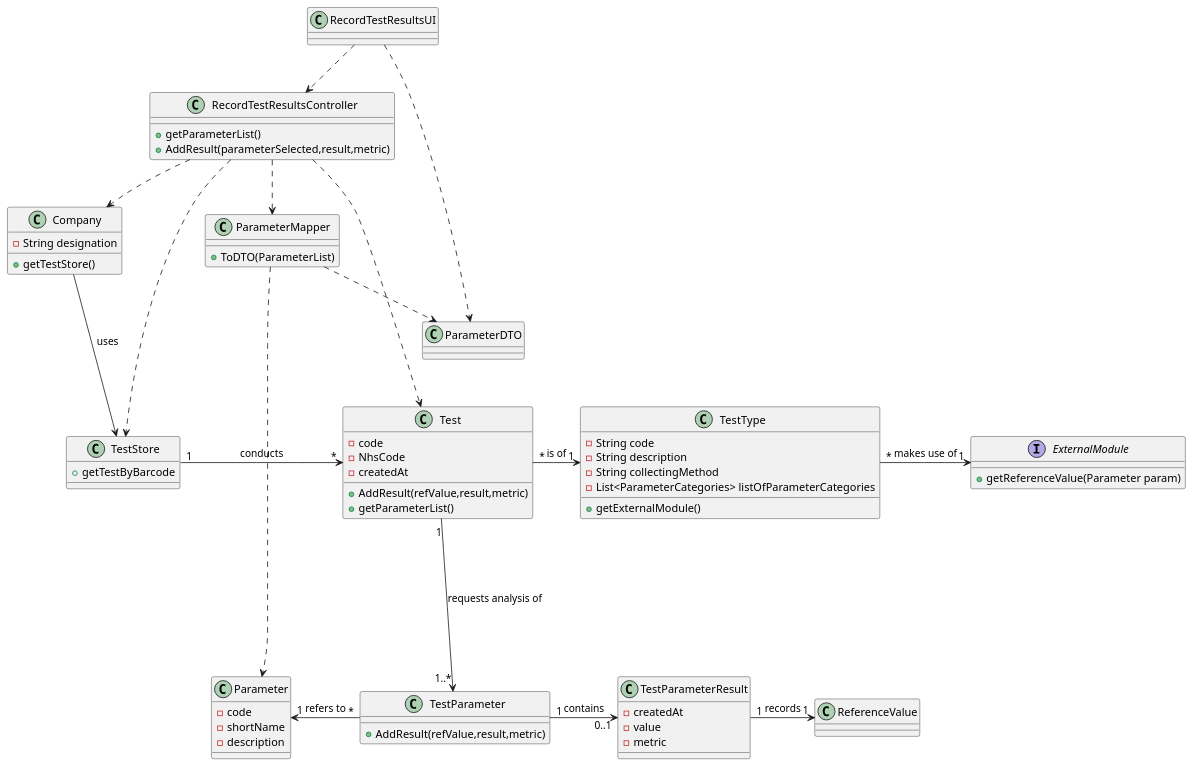
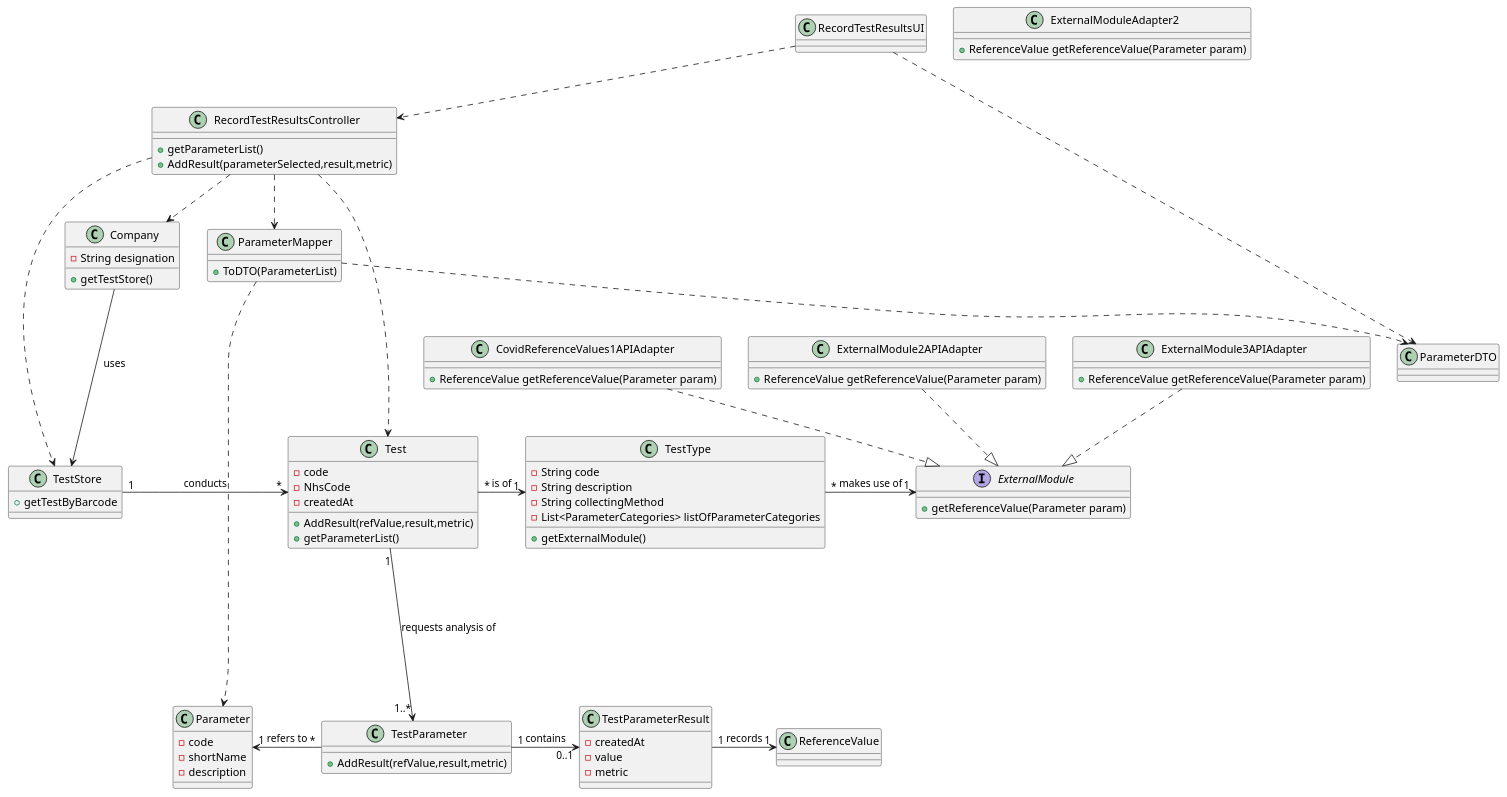
Before and after one commit to manu-07-ela/LAPR2_ISEP: the diagram in docs/SprintC/US12/US12_CD.puml, drawn with PlantUML.

Commit message:
Small change in US12 CD

```diff
--- a/docs/SprintC/US12/US12_CD.puml
+++ b/docs/SprintC/US12/US12_CD.puml
@@ -1,91 +1,110 @@
 @startuml
 
 class Company{
 -String designation
 +getTestStore()
 }
 
 class RecordTestResultsUI{
 
 }
 
 class RecordTestResultsController{
 +getParameterList()
 +AddResult(parameterSelected,result,metric)
 }
 
 class ParameterMapper{
 +ToDTO(ParameterList)
 }
 
 class Test {
 -code
 -NhsCode
 -createdAt
 +AddResult(refValue,result,metric)
 +getParameterList()
 }
 
 class TestStore{
 +getTestByBarcode
 }
 
 class TestParameter{
 +AddResult(refValue,result,metric)
 }
 
 
 class TestParameterResult{
 -createdAt
 -value
 -metric
 }
 
 class Parameter{
 -code
 -shortName
 -description
 }
 
 class ParameterDTO{
 }
 
 class ReferenceValue{
 
 }
 
 class TestType{
   -String code
   -String description
   -String collectingMethod
   -List<ParameterCategories> listOfParameterCategories
   +getExternalModule()
 
 }
 
+class ExternalModule2APIAdapter{
+ +ReferenceValue getReferenceValue(Parameter param)
+}
+
+class ExternalModule3APIAdapter{
+ +ReferenceValue getReferenceValue(Parameter param)
+}
+
+class CovidReferenceValues1APIAdapter{
+ +ReferenceValue getReferenceValue(Parameter param)
+}
+
+class ExternalModuleAdapter2{
+ +ReferenceValue getReferenceValue(Parameter param)
+}
+
 interface ExternalModule{
 +getReferenceValue(Parameter param)
 }
 
 
 
 RecordTestResultsUI ..> RecordTestResultsController
 RecordTestResultsUI ..> ParameterDTO
 RecordTestResultsController ..> Company
 RecordTestResultsController ..> ParameterMapper
 RecordTestResultsController ..> Test
 RecordTestResultsController ..> TestStore
 Company ---> TestStore : uses
 ParameterMapper ......> Parameter
 ParameterMapper ..> ParameterDTO
 TestType"*" -> "1" ExternalModule : makes use of
 TestStore "1" -> "*" Test : conducts
 Test "*" -> "1" TestType : is of
 Test "1" ---> "1..*" TestParameter : requests analysis of
 Parameter "1" <- "*" TestParameter : refers to
 TestParameter "1" -> "0..1" TestParameterResult : contains
 TestParameterResult "1" -> "1" ReferenceValue :records
+CovidReferenceValues1APIAdapter ..|> ExternalModule
+ExternalModule2APIAdapter ..|> ExternalModule
+ExternalModule3APIAdapter ..|> ExternalModule
 
 
 
 @enduml
```
